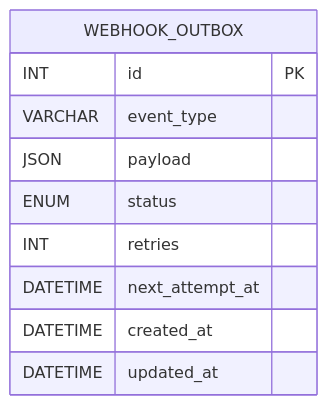
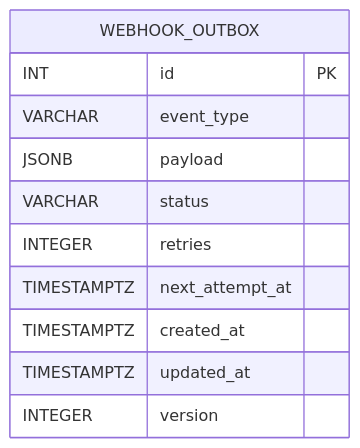
Before and after one commit to blackcatdatabase/table-webhook-outbox: the diagram in README.md, drawn with Mermaid. The commit also changed other lines of this file and 26 other files, not shown here.

First line of the commit message:
Regen schema (#1)

````diff
--- a/README.md
+++ b/README.md
@@ -51,13 +55,14 @@
 ```mermaid
 erDiagram
   WEBHOOK_OUTBOX {
     INT id PK
     VARCHAR event_type
-    JSON payload
-    ENUM status
-    INT retries
-    DATETIME next_attempt_at
-    DATETIME created_at
-    DATETIME updated_at
+    JSONB payload
+    VARCHAR status
+    INTEGER retries
+    TIMESTAMPTZ next_attempt_at
+    TIMESTAMPTZ created_at
+    TIMESTAMPTZ updated_at
+    INTEGER version
   }
 ```
````
